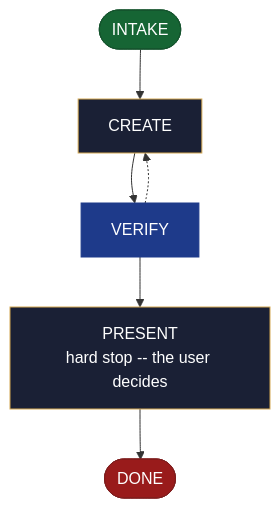
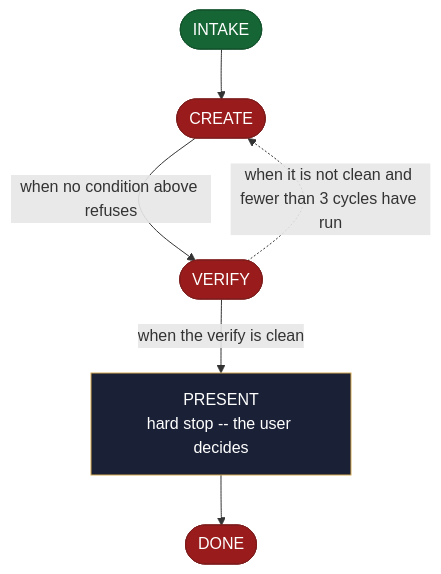
One commit to AndreVianna/aid-methodology changed the diagram in site/src/content/docs/skills/aid-create-architecture.md. Above: the diagram before and after it, drawn with Mermaid. The commit also changed other lines of this file and 258 other files, not shown here.

````diff
--- a/site/src/content/docs/skills/aid-create-architecture.md
+++ b/site/src/content/docs/skills/aid-create-architecture.md
@@ -20,29 +20,29 @@
 ```mermaid
 flowchart TB
   classDef aidNode color:#fff
   classDef aidEntry fill:#166534,stroke:#14532d,color:#fff
   classDef aidExit fill:#991b1b,stroke:#7f1d1d,color:#fff
   classDef aidDecision fill:#92400e,stroke:#78350f,color:#fff
   classDef aidLoopBack fill:#1e3a8a,stroke:#1e3a8a,color:#fff
   classDef aidStep fill:#1a2035,stroke:#d4a853,color:#f1f5f9
   n1(["INTAKE"])
-  n2["CREATE"]
-  n3["VERIFY"]
+  n2(["CREATE"])
+  n3(["VERIFY"])
   n4["PRESENT<br/>hard stop -- the user decides"]
   n5(["DONE"])
   n1 --> n2
-  n2 --> n3
-  n3 -.-> n2
-  n3 --> n4
+  n2 -->|"when no condition above refuses"| n3
+  n3 -. "when it is not clean and fewer than 3 cycles have run" .-> n2
+  n3 -->|"when the verify is clean"| n4
   n4 --> n5
   class n1 aidEntry
-  class n2 aidStep
-  class n3 aidLoopBack
+  class n2 aidExit
+  class n3 aidExit
   class n4 aidStep
   class n5 aidExit
   class n1 aidNode
   class n2 aidNode
   class n3 aidNode
   class n4 aidNode
   class n5 aidNode
 ```
````
